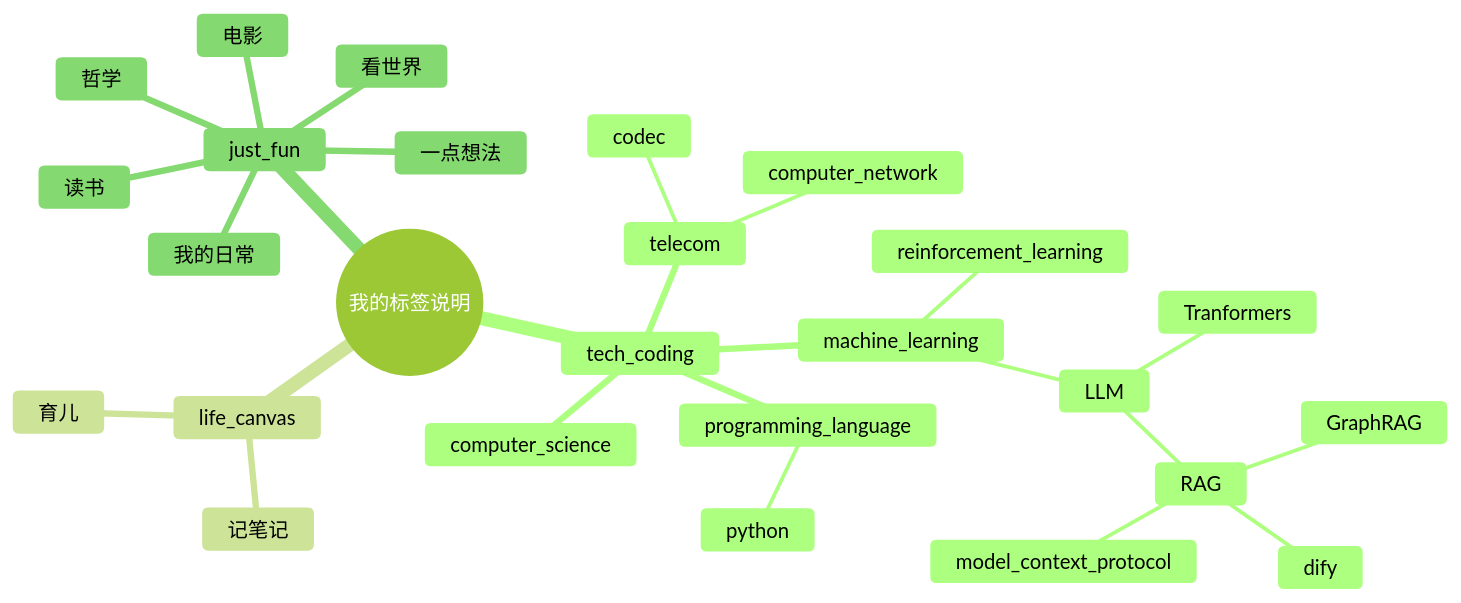
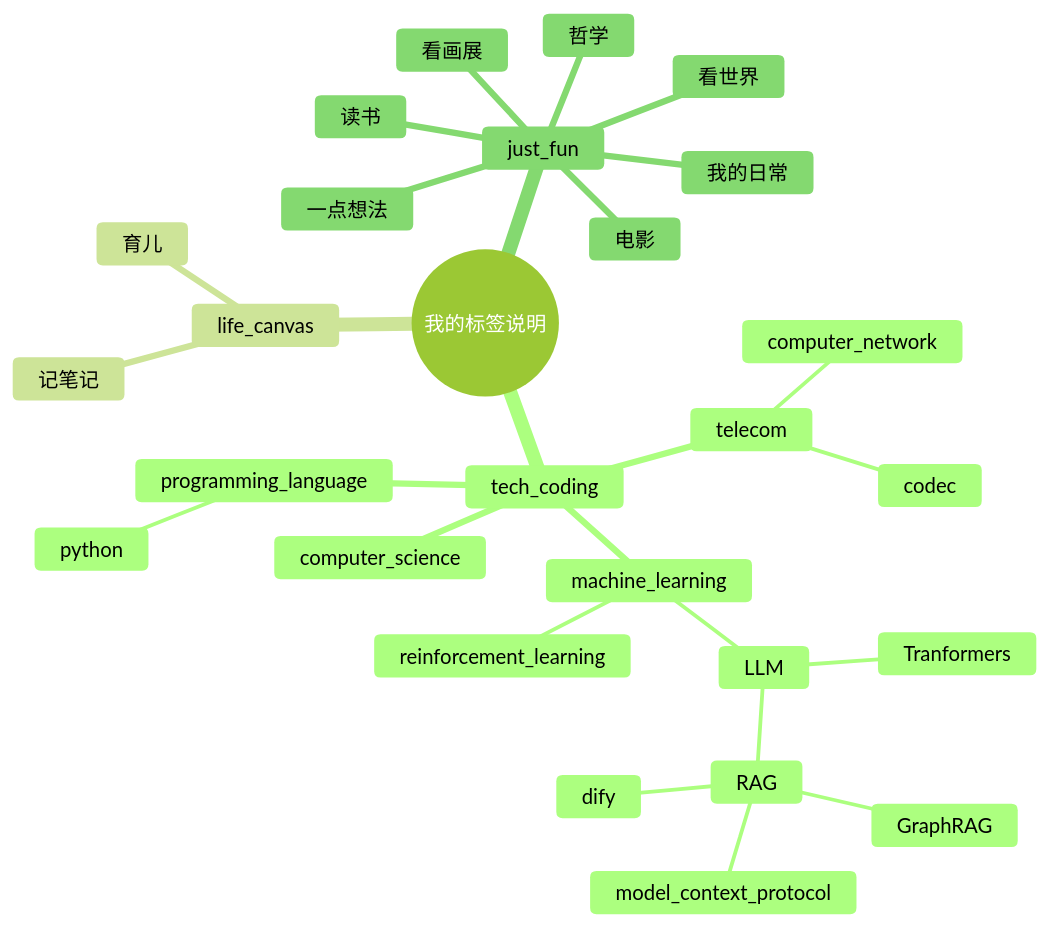
The diagram in tags.md (jovialchen/taomu), drawn with Mermaid (forest theme) before and after one commit. The commit also changed 1 other file, not shown here.

```diff
--- a/tags.md
+++ b/tags.md
@@ -16,29 +16,30 @@
 <pre class="mermaid">
 mindmap
   root((我的标签说明))
     tech_coding
       computer_science
       telecom
         computer_network
         codec
       machine_learning
         LLM
           Tranformers
           RAG
             GraphRAG
             model_context_protocol
             dify
         reinforcement_learning
       programming_language
         python
     life_canvas
       记笔记
       育儿
     just_fun
       读书
       电影
       哲学
       看世界
       我的日常
       一点想法
+      看画展
 </pre>
```
